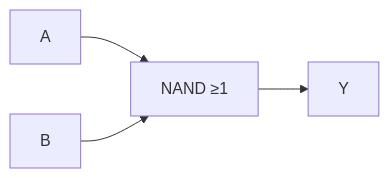
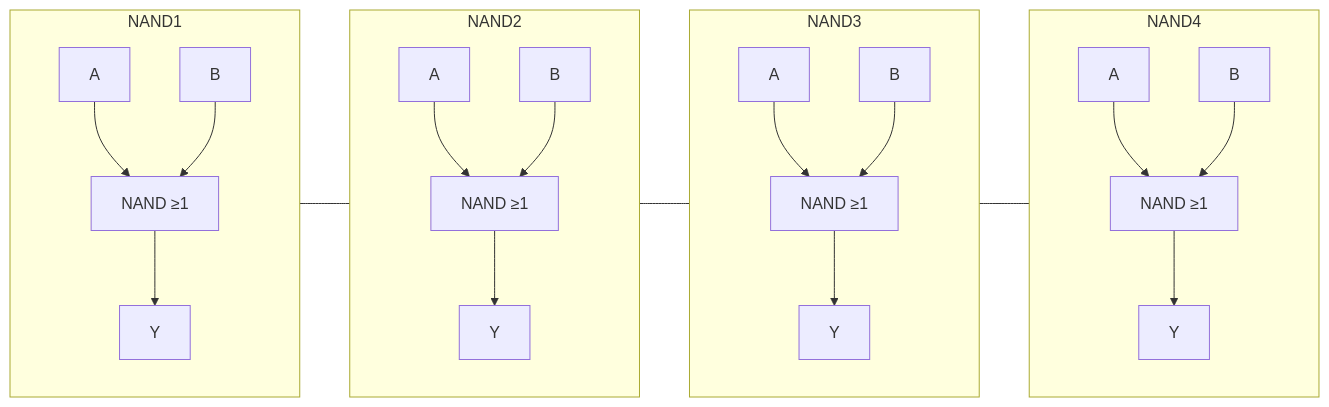
The first of 2 diagrams in Components/discrete/Transistors/kit/HomeDepot/BlockDiagrams/README.md (setrar/microelectronics), drawn with Mermaid before and after one commit. The commit also changed other lines of this file, not shown here.

Commit message:
Organize NAND gate diagrams into subgraphs
Refactor NAND gate diagrams into subgraphs for better organization and layout.

````diff
--- a/Components/discrete/Transistors/kit/HomeDepot/BlockDiagrams/README.md
+++ b/Components/discrete/Transistors/kit/HomeDepot/BlockDiagrams/README.md
@@ -12,6 +12,29 @@
 ```mermaid
 graph LR
-    A1[A] --> N1[NAND ≥1]
-    B1[B] --> N1
-    N1 --> Y1[Y]
+    subgraph NAND1
+        A1[A] --> N1[NAND ≥1]
+        B1[B] --> N1
+        N1 --> Y1[Y]
+    end
+
+    subgraph NAND2
+        A2[A] --> N2[NAND ≥1]
+        B2[B] --> N2
+        N2 --> Y2[Y]
+    end
+
+    subgraph NAND3
+        A3[A] --> N3[NAND ≥1]
+        B3[B] --> N3
+        N3 --> Y3[Y]
+    end
+
+    subgraph NAND4
+        A4[A] --> N4[NAND ≥1]
+        B4[B] --> N4
+        N4 --> Y4[Y]
+    end
+
+    %% Force horizontal layout of subgraphs
+    NAND1 --- NAND2 --- NAND3 --- NAND4
 ```
````
